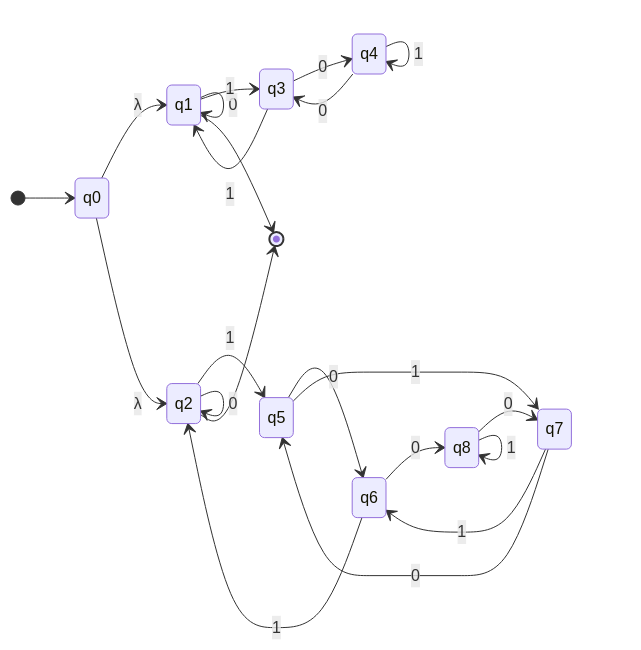
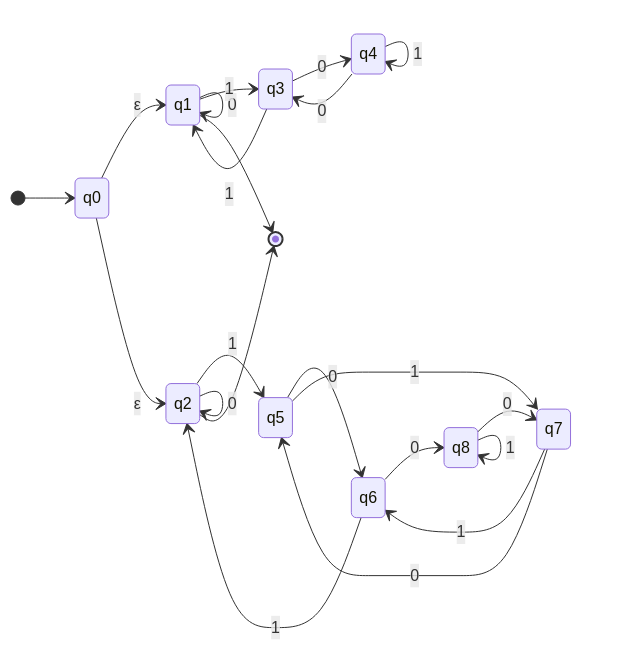
Diagram 12 of 12 in iuh/môn/hk1-4/automat/3-4/giai_bai_tap_nfa.md (lelongc/rac), drawn with Mermaid before and after one commit. The commit also changed other lines of this file and 7 other files, not shown here.

````diff
--- a/iuh/môn/hk1-4/automat/3-4/giai_bai_tap_nfa.md
+++ b/iuh/môn/hk1-4/automat/3-4/giai_bai_tap_nfa.md
@@ -676,28 +676,28 @@
 ```mermaid
 stateDiagram-v2
     direction LR
     [*] --> q0
-    q0 --> q1: λ
-    q0 --> q2: λ
+    q0 --> q1: ε
+    q0 --> q2: ε
   
     q1 --> q1: 0
     q1 --> q3: 1
     q3 --> q4: 0
     q3 --> q1: 1
     q4 --> q3: 0
     q4 --> q4: 1
   
     q2 --> q2: 0
     q2 --> q5: 1
     q5 --> q6: 0
     q5 --> q7: 1
     q6 --> q8: 0
     q6 --> q2: 1
     q7 --> q5: 0
     q7 --> q6: 1
     q8 --> q7: 0
     q8 --> q8: 1
   
     q1 --> [*]
     q2 --> [*]
 ```
````
